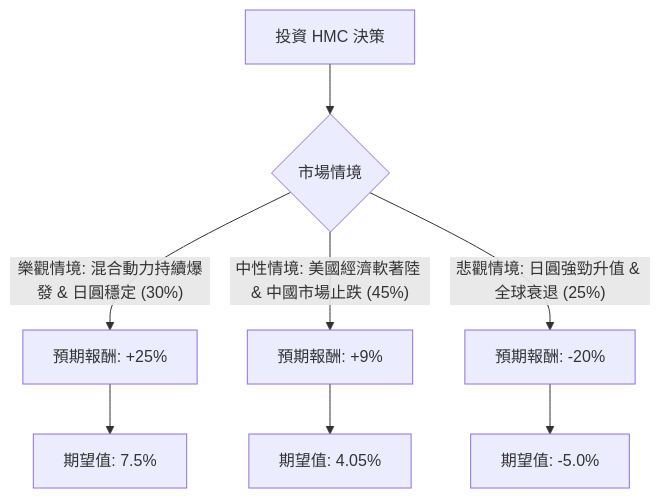
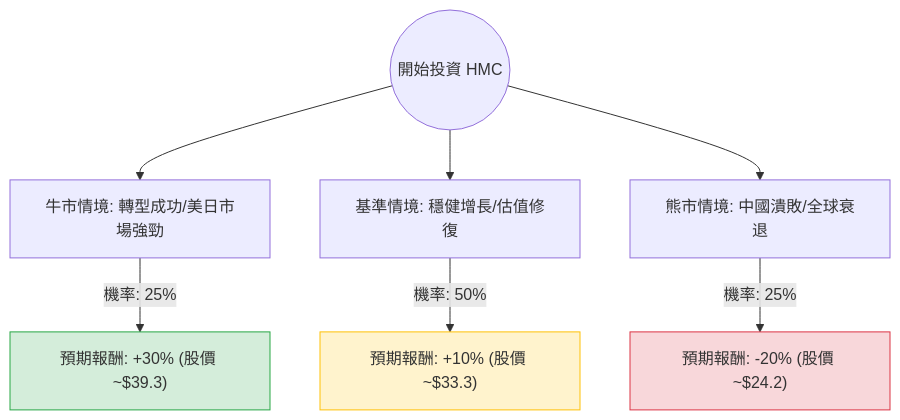
The diagram in plugin-react/ai-analysis/ev-analysis/HMC.md (zmcx16/zmcx16.github.io), drawn with Mermaid before and after one commit. The commit also changed other lines of this file and 80 other files, not shown here.

````diff
--- a/plugin-react/ai-analysis/ev-analysis/HMC.md
+++ b/plugin-react/ai-analysis/ev-analysis/HMC.md
@@ -20,12 +21,14 @@
 ```mermaid
 graph TD
-    A[投資 HMC 決策] --> B{市場情境}
-    
-    B -- 樂觀情境: 混合動力持續爆發 & 日圓穩定 (30%) --> C[預期報酬: +25%]
-    B -- 中性情境: 美國經濟軟著陸 & 中國市場止跌 (45%) --> D[預期報酬: +9%]
-    B -- 悲觀情境: 日圓強勁升值 & 全球衰退 (25%) --> E[預期報酬: -20%]
+    Start((開始投資 HMC)) --> Bull[牛市情境: 轉型成功/美日市場強勁]
+    Start --> Base[基準情境: 穩健增長/估值修復]
+    Start --> Bear[熊市情境: 中國潰敗/全球衰退]
 
-    C --> F[期望值: 7.5%]
-    D --> G[期望值: 4.05%]
-    E --> H[期望值: -5.0%]
+    Bull -- "機率: 25%" --> BullResult["預期報酬: +30% (股價 ~$39.3)"]
+    Base -- "機率: 50%" --> BaseResult["預期報酬: +10% (股價 ~$33.3)"]
+    Bear -- "機率: 25%" --> BearResult["預期報酬: -20% (股價 ~$24.2)"]
+
+    style BullResult fill:#d4edda,stroke:#28a745
+    style BaseResult fill:#fff3cd,stroke:#ffc107
+    style BearResult fill:#f8d7da,stroke:#dc3545
 ```
````
